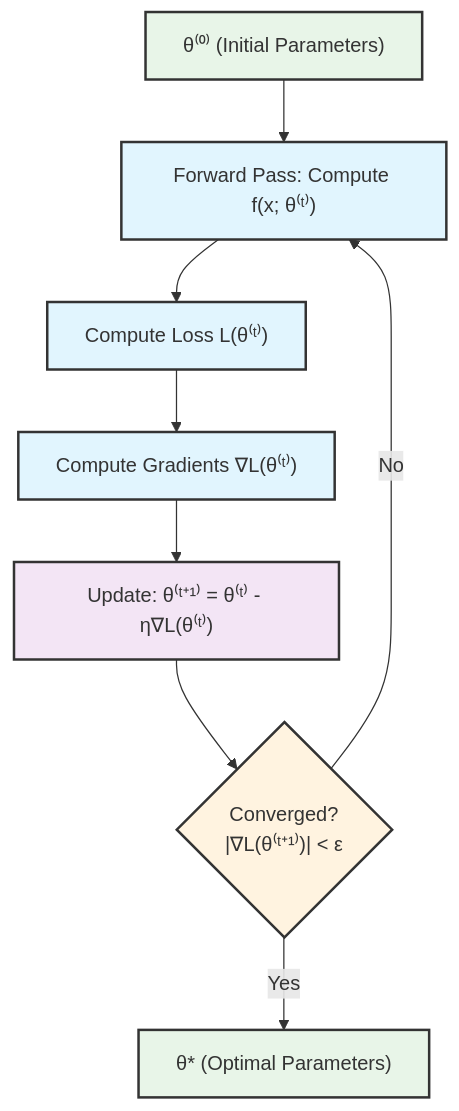
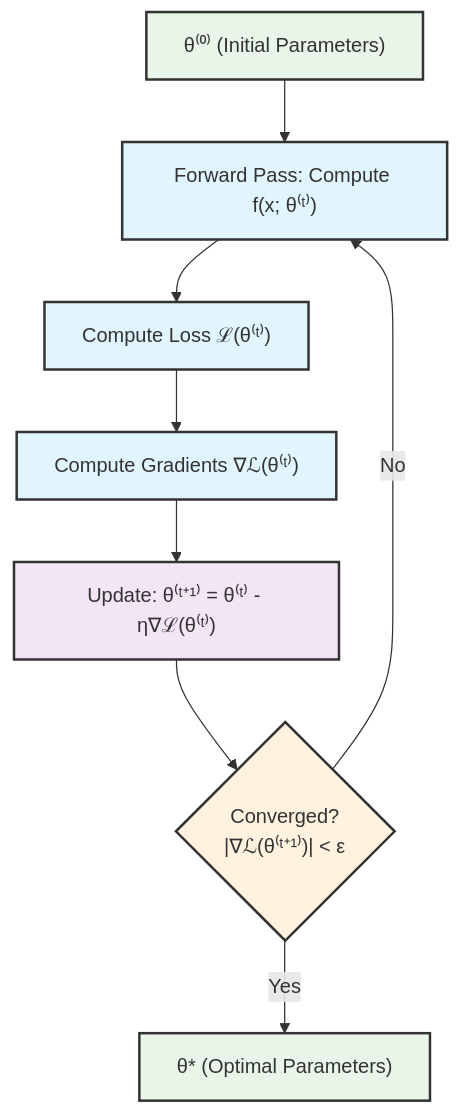
One commit to onnokleen/mlmetrics changed the second of 3 diagrams in feed_forward_nns.qmd. Above: the diagram before and after it, drawn with Mermaid. The commit also changed other lines of this file and 9 other files, not shown here.

````diff
--- a/feed_forward_nns.qmd
+++ b/feed_forward_nns.qmd
@@ -508,32 +512,32 @@
 ```{mermaid}
 %%| label: fig-gd-process
 %%| fig-cap: "Flowchart of the gradient descent algorithm. Rectangular nodes represent computation steps (forward pass, loss evaluation, gradient computation, parameter update) and the diamond node is the convergence check. The loop continues until the gradient norm falls below a threshold $\\varepsilon$, at which point the current parameters are returned as the solution."
 flowchart TD
     %% Starting point
     START["θ⁽⁰⁾ (Initial Parameters)"] --> FORWARD["Forward Pass: Compute f(x; θ⁽ᵗ⁾)"]
     
     %% Forward computation
-    FORWARD --> LOSS["Compute Loss L(θ⁽ᵗ⁾)"]
+    FORWARD --> LOSS["Compute Loss ℒ(θ⁽ᵗ⁾)"]
     
     %% Gradient computation
-    LOSS --> GRAD["Compute Gradients ∇L(θ⁽ᵗ⁾)"]
+    LOSS --> GRAD["Compute Gradients ∇ℒ(θ⁽ᵗ⁾)"]
     
     %% Parameter update
-    GRAD --> UPDATE["Update: θ⁽ᵗ⁺¹⁾ = θ⁽ᵗ⁾ - η∇L(θ⁽ᵗ⁾)"]
+    GRAD --> UPDATE["Update: θ⁽ᵗ⁺¹⁾ = θ⁽ᵗ⁾ - η∇ℒ(θ⁽ᵗ⁾)"]
     
     %% Convergence check
-    UPDATE --> CHECK{"Converged?<br/>|∇L(θ⁽ᵗ⁺¹⁾)| < ε"}
+    UPDATE --> CHECK{"Converged?<br/>|∇ℒ(θ⁽ᵗ⁺¹⁾)| < ε"}
     CHECK -->|No| FORWARD
     CHECK -->|Yes| OPTIMAL["θ* (Optimal Parameters)"]
     
     %% Styling
     classDef startend fill:#e8f5e8,stroke:#333,stroke-width:2px
     classDef process fill:#e1f5fe,stroke:#333,stroke-width:2px
     classDef decision fill:#fff3e0,stroke:#333,stroke-width:2px
     classDef update fill:#f3e5f5,stroke:#333,stroke-width:2px
     
     class START,OPTIMAL startend
     class FORWARD,LOSS,GRAD process
     class CHECK decision
     class UPDATE update
 ```
````
